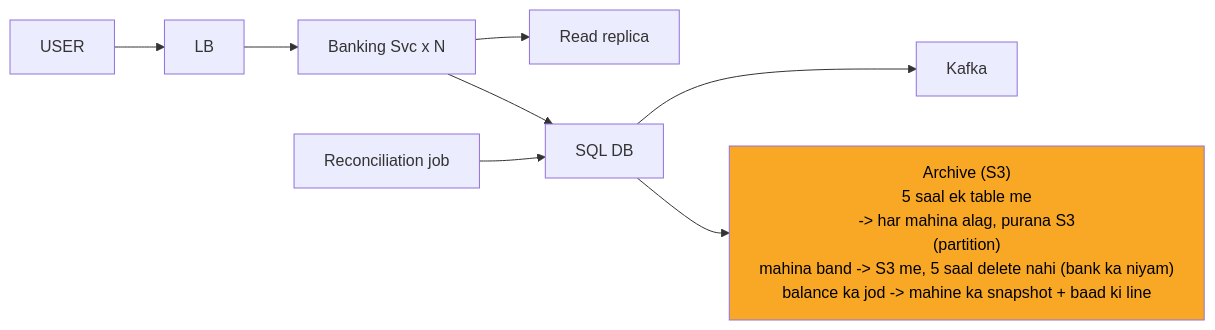
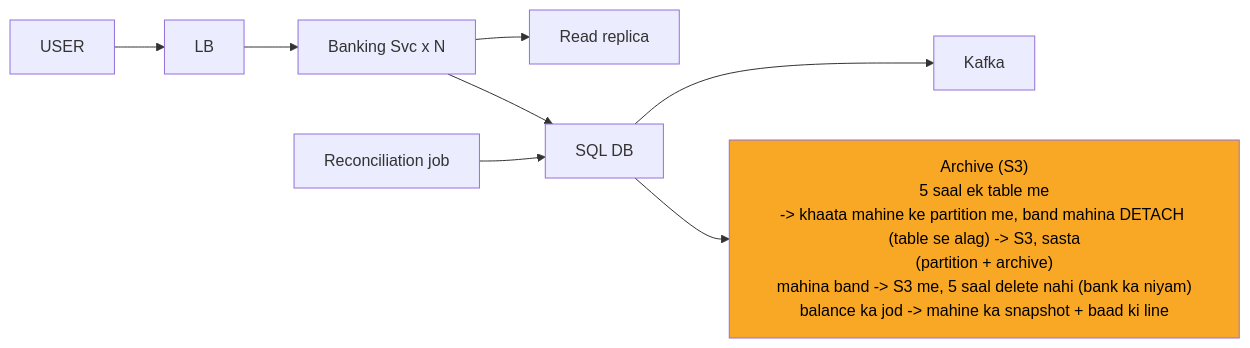
One commit to ArpanMaheshwari144/Prep changed diagram 12 of 13 in 04_HLD/SYSTEM_DESIGNS/13_banking_system/13_banking_system.md. Above: the diagram before and after it, drawn with Mermaid. The commit also changed other lines of this file and 13 other files, not shown here.

````diff
--- a/04_HLD/SYSTEM_DESIGNS/13_banking_system/13_banking_system.md
+++ b/04_HLD/SYSTEM_DESIGNS/13_banking_system/13_banking_system.md
@@ -412,20 +414,20 @@
 ```mermaid
 %%{init: {"flowchart": {"wrappingWidth": 450}}}%%
 flowchart LR
     n_USER["USER"]
     n_LB["LB"]
     n_Banking_Svc_xN["Banking Svc x N"]
     n_RR["Read replica"]
     n_DB["SQL DB"]
     n_K["Kafka"]
-    n_S3["Archive (S3)<br/>5 saal ek table me<br/>-> har mahina alag, purana S3<br/>(partition)<br/>mahina band -> S3 me, 5 saal delete nahi (bank ka niyam)<br/>balance ka jod -> mahine ka snapshot + baad ki line"]
+    n_S3["Archive (S3)<br/>5 saal ek table me<br/>-> khaata mahine ke partition me, band mahina DETACH (table se alag) -> S3, sasta<br/>(partition + archive)<br/>mahina band -> S3 me, 5 saal delete nahi (bank ka niyam)<br/>balance ka jod -> mahine ka snapshot + baad ki line"]
     n_REC["Reconciliation job"]
     n_USER --> n_LB
     n_LB --> n_Banking_Svc_xN
     n_Banking_Svc_xN --> n_RR
     n_Banking_Svc_xN --> n_DB
     n_DB --> n_K
     n_REC --> n_DB
     n_DB --> n_S3
     style n_S3 fill:#f9a825,color:#000
 ```
````
